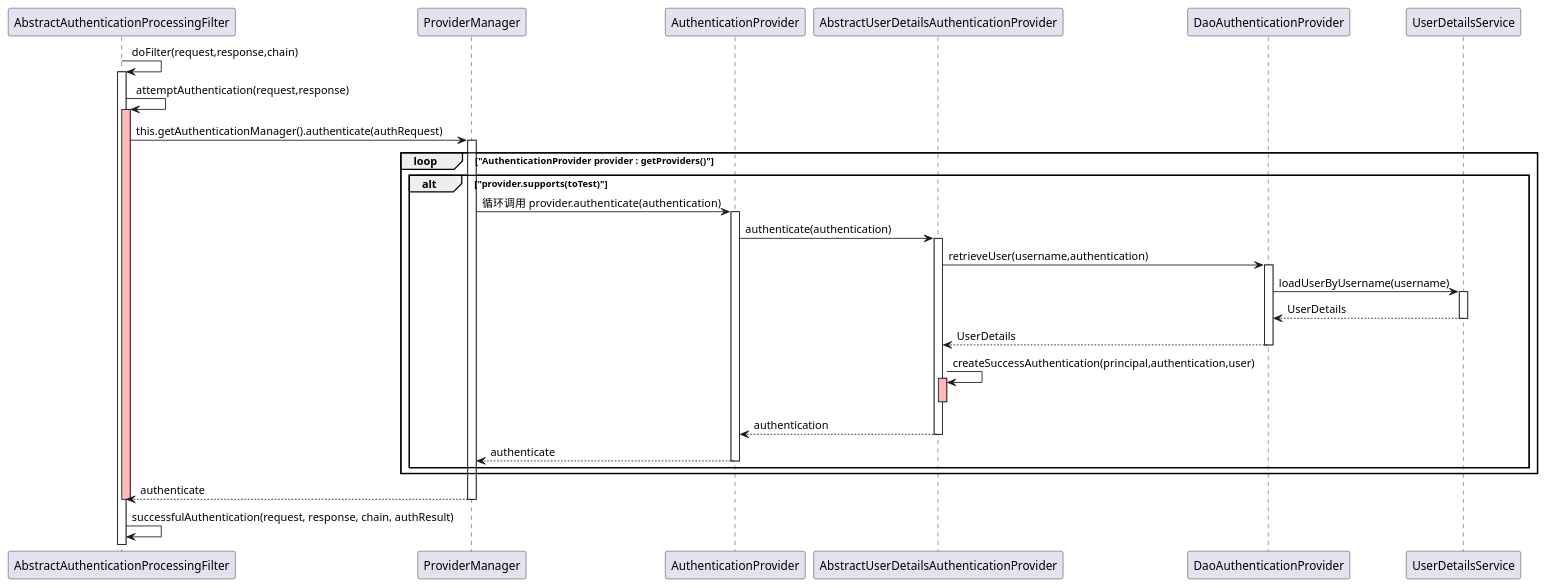
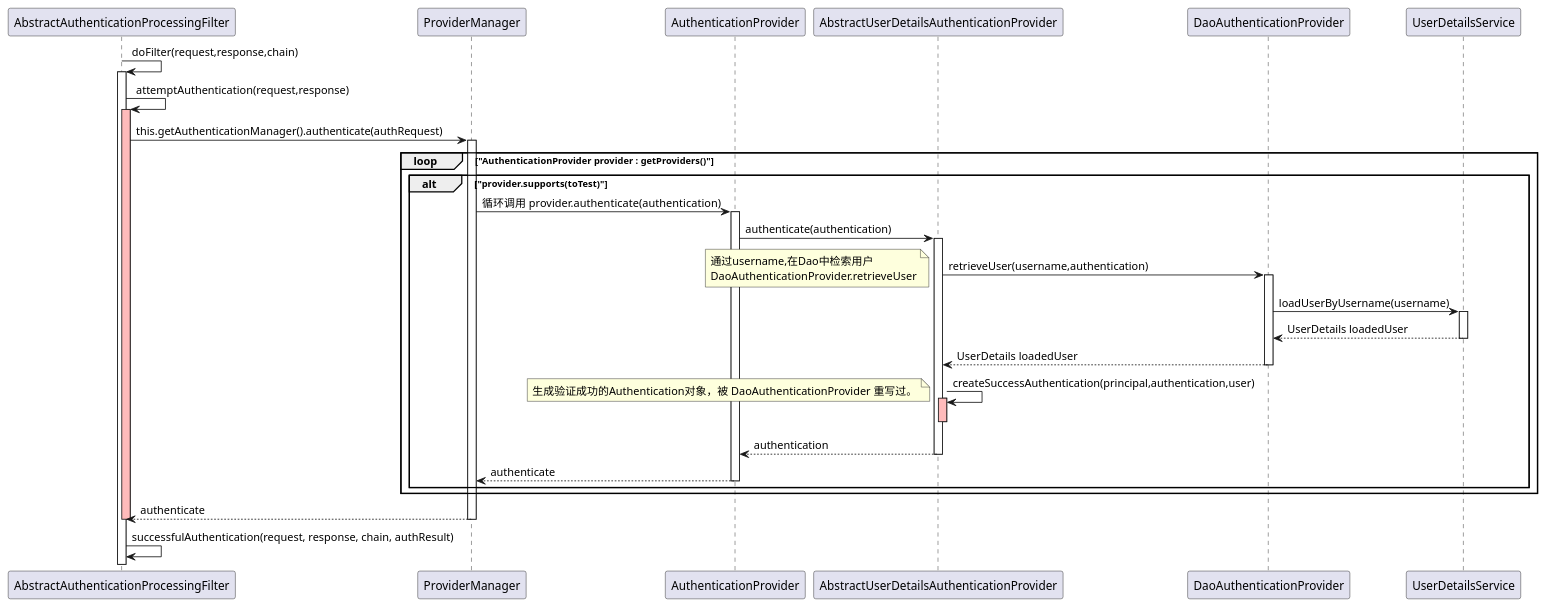
The diagram in doc/uml/PasswordAuthenticationFlow.puml (JL-Code/thinking-in-java), drawn with PlantUML before and after one commit. The commit also changed 10 other files, not shown here.

Commit message:
update flow digram

```diff
--- a/doc/uml/PasswordAuthenticationFlow.puml
+++ b/doc/uml/PasswordAuthenticationFlow.puml
@@ -1,65 +1,67 @@
 @startuml
 'class ProviderManager
 'interface AuthenticationProvider
 'abstract class AbstractUserDetailsAuthenticationProvider
 'interface UserDetailsService
 'class DaoAuthenticationProvider
 'AbstractAuthenticationProcessingFilter.doFilter -> AbstractAuthenticationProcessingFilter.attemptAuthentication->AbstractAuthenticationProcessingFilter.getAuthenticationManager().authenticate(authRequest)
 ' 此处是循环调用 provider.authenticate(authentication)
 AbstractAuthenticationProcessingFilter->AbstractAuthenticationProcessingFilter: doFilter(request,response,chain)
 activate AbstractAuthenticationProcessingFilter
 
 AbstractAuthenticationProcessingFilter->AbstractAuthenticationProcessingFilter: attemptAuthentication(request,response)
 activate AbstractAuthenticationProcessingFilter #FFBBBB
 
 AbstractAuthenticationProcessingFilter->ProviderManager: this.getAuthenticationManager().authenticate(authRequest)
 activate ProviderManager
 
 loop "AuthenticationProvider provider : getProviders()"
 
 'Class<? extends Authentication> toTest = authentication.getClass();
 'if (!provider.supports(toTest)) {
 '    continue;
 '}
     alt "provider.supports(toTest)"
         ProviderManager -> AuthenticationProvider: 循环调用 provider.authenticate(authentication)
         activate AuthenticationProvider
 
         AuthenticationProvider->AbstractUserDetailsAuthenticationProvider:authenticate(authentication)
         activate AbstractUserDetailsAuthenticationProvider
 
         AbstractUserDetailsAuthenticationProvider->DaoAuthenticationProvider:retrieveUser(username,authentication)
         activate DaoAuthenticationProvider
+        note left: 通过username,在Dao中检索用户 \nDaoAuthenticationProvider.retrieveUser
 
         DaoAuthenticationProvider->UserDetailsService:loadUserByUsername(username)
         activate UserDetailsService
 
-        DaoAuthenticationProvider <-- UserDetailsService: UserDetails
+        DaoAuthenticationProvider <-- UserDetailsService: UserDetails loadedUser
         deactivate UserDetailsService
 
-        AbstractUserDetailsAuthenticationProvider <-- DaoAuthenticationProvider: UserDetails
+        AbstractUserDetailsAuthenticationProvider <-- DaoAuthenticationProvider: UserDetails loadedUser
         deactivate DaoAuthenticationProvider
 
         AbstractUserDetailsAuthenticationProvider -> AbstractUserDetailsAuthenticationProvider: createSuccessAuthentication(principal,authentication,user)
+        note left: 生成验证成功的Authentication对象，被 DaoAuthenticationProvider 重写过。
         activate AbstractUserDetailsAuthenticationProvider #FFBBBB
         deactivate AbstractUserDetailsAuthenticationProvider
 
         AuthenticationProvider <-- AbstractUserDetailsAuthenticationProvider: authentication
         deactivate AbstractUserDetailsAuthenticationProvider
 
         ProviderManager <-- AuthenticationProvider: authenticate
         deactivate AuthenticationProvider
     end
 end
 
 AbstractAuthenticationProcessingFilter <-- ProviderManager: authenticate
 deactivate ProviderManager
 deactivate AbstractAuthenticationProcessingFilter
 
 AbstractAuthenticationProcessingFilter->AbstractAuthenticationProcessingFilter: successfulAuthentication(request, response, chain, authResult)
 
 'ClientCredentialsTokenEndpointFilter.successfulAuthentication-->AbstractAuthenticationProcessingFilter.successfulAuthentication
 'ClientCredentialsTokenEndpointFilter.successfulAuthentication-->chain.doFilter(request, response)
 
 
 @enduml
```
